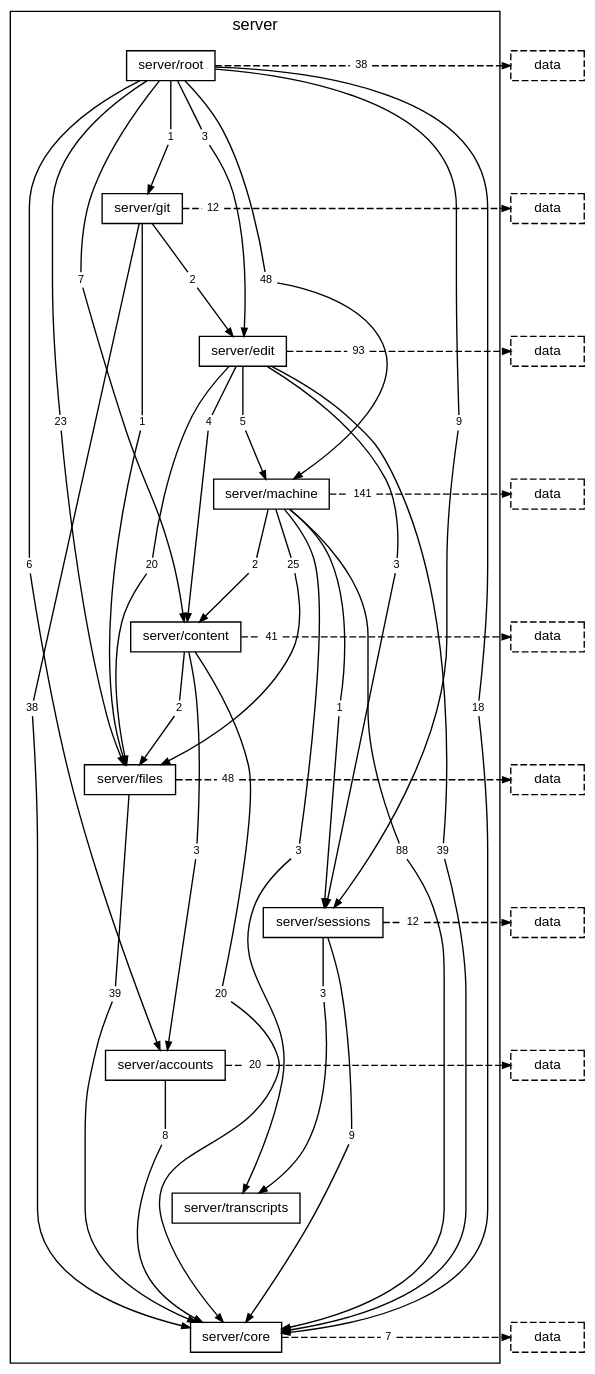
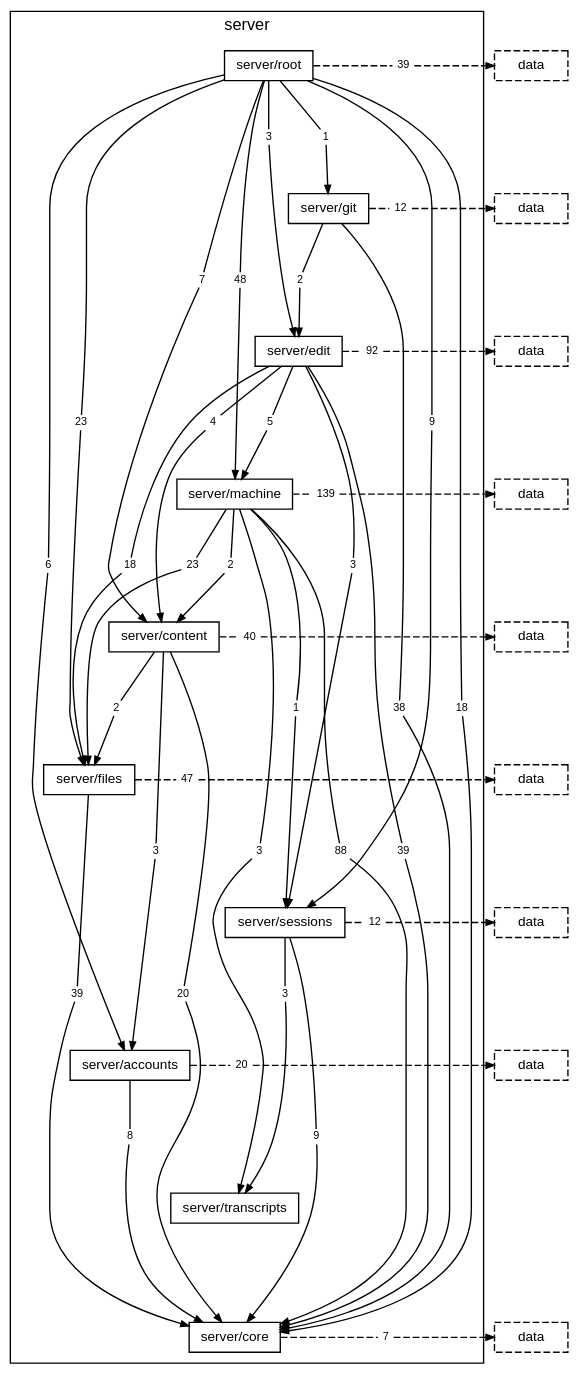
One commit to TheAxeC/oculus changed the diagram in docs/diagrams/layer-server.dot. Above: the diagram before and after it, drawn with Graphviz. The commit also changed 109 other files, not shown here.

```diff
--- a/docs/diagrams/layer-server.dot
+++ b/docs/diagrams/layer-server.dot
@@ -22,29 +22,28 @@
         "folder server/root to folder server/git" [label="1", shape=box, color="transparent", fontsize=8, width=0, height=0, margin="0.04,0.02"];
         "folder server/root to folder server/machine" [label="48", shape=box, color="transparent", fontsize=8, width=0, height=0, margin="0.04,0.02"];
         "folder server/root to folder server/sessions" [label="9", shape=box, color="transparent", fontsize=8, width=0, height=0, margin="0.04,0.02"];
-        "folder server/root to layer data" [label="38", shape=box, color="transparent", fontsize=8, width=0, height=0, margin="0.04,0.02"];
+        "folder server/root to layer data" [label="39", shape=box, color="transparent", fontsize=8, width=0, height=0, margin="0.04,0.02"];
         "folder server/git to folder server/core" [label="38", shape=box, color="transparent", fontsize=8, width=0, height=0, margin="0.04,0.02"];
         "folder server/git to folder server/edit" [label="2", shape=box, color="transparent", fontsize=8, width=0, height=0, margin="0.04,0.02"];
-        "folder server/git to folder server/files" [label="1", shape=box, color="transparent", fontsize=8, width=0, height=0, margin="0.04,0.02"];
         "folder server/git to layer data" [label="12", shape=box, color="transparent", fontsize=8, width=0, height=0, margin="0.04,0.02"];
         "folder server/edit to folder server/content" [label="4", shape=box, color="transparent", fontsize=8, width=0, height=0, margin="0.04,0.02"];
         "folder server/edit to folder server/core" [label="39", shape=box, color="transparent", fontsize=8, width=0, height=0, margin="0.04,0.02"];
-        "folder server/edit to folder server/files" [label="20", shape=box, color="transparent", fontsize=8, width=0, height=0, margin="0.04,0.02"];
+        "folder server/edit to folder server/files" [label="18", shape=box, color="transparent", fontsize=8, width=0, height=0, margin="0.04,0.02"];
         "folder server/edit to folder server/machine" [label="5", shape=box, color="transparent", fontsize=8, width=0, height=0, margin="0.04,0.02"];
         "folder server/edit to folder server/sessions" [label="3", shape=box, color="transparent", fontsize=8, width=0, height=0, margin="0.04,0.02"];
-        "folder server/edit to layer data" [label="93", shape=box, color="transparent", fontsize=8, width=0, height=0, margin="0.04,0.02"];
+        "folder server/edit to layer data" [label="92", shape=box, color="transparent", fontsize=8, width=0, height=0, margin="0.04,0.02"];
         "folder server/machine to folder server/content" [label="2", shape=box, color="transparent", fontsize=8, width=0, height=0, margin="0.04,0.02"];
         "folder server/machine to folder server/core" [label="88", shape=box, color="transparent", fontsize=8, width=0, height=0, margin="0.04,0.02"];
-        "folder server/machine to folder server/files" [label="25", shape=box, color="transparent", fontsize=8, width=0, height=0, margin="0.04,0.02"];
+        "folder server/machine to folder server/files" [label="23", shape=box, color="transparent", fontsize=8, width=0, height=0, margin="0.04,0.02"];
         "folder server/machine to folder server/sessions" [label="1", shape=box, color="transparent", fontsize=8, width=0, height=0, margin="0.04,0.02"];
         "folder server/machine to folder server/transcripts" [label="3", shape=box, color="transparent", fontsize=8, width=0, height=0, margin="0.04,0.02"];
-        "folder server/machine to layer data" [label="141", shape=box, color="transparent", fontsize=8, width=0, height=0, margin="0.04,0.02"];
+        "folder server/machine to layer data" [label="139", shape=box, color="transparent", fontsize=8, width=0, height=0, margin="0.04,0.02"];
         "folder server/content to folder server/accounts" [label="3", shape=box, color="transparent", fontsize=8, width=0, height=0, margin="0.04,0.02"];
         "folder server/content to folder server/core" [label="20", shape=box, color="transparent", fontsize=8, width=0, height=0, margin="0.04,0.02"];
         "folder server/content to folder server/files" [label="2", shape=box, color="transparent", fontsize=8, width=0, height=0, margin="0.04,0.02"];
-        "folder server/content to layer data" [label="41", shape=box, color="transparent", fontsize=8, width=0, height=0, margin="0.04,0.02"];
+        "folder server/content to layer data" [label="40", shape=box, color="transparent", fontsize=8, width=0, height=0, margin="0.04,0.02"];
         "folder server/files to folder server/core" [label="39", shape=box, color="transparent", fontsize=8, width=0, height=0, margin="0.04,0.02"];
-        "folder server/files to layer data" [label="48", shape=box, color="transparent", fontsize=8, width=0, height=0, margin="0.04,0.02"];
+        "folder server/files to layer data" [label="47", shape=box, color="transparent", fontsize=8, width=0, height=0, margin="0.04,0.02"];
         "folder server/sessions to folder server/core" [label="9", shape=box, color="transparent", fontsize=8, width=0, height=0, margin="0.04,0.02"];
         "folder server/sessions to folder server/transcripts" [label="3", shape=box, color="transparent", fontsize=8, width=0, height=0, margin="0.04,0.02"];
         "folder server/sessions to layer data" [label="12", shape=box, color="transparent", fontsize=8, width=0, height=0, margin="0.04,0.02"];
@@ -93,8 +92,6 @@
     "folder server/git to folder server/core" -> "folder server/core" [];
     "folder server/git" -> "folder server/git to folder server/edit" [arrowhead=none, minlen=1, weight=10];
     "folder server/git to folder server/edit" -> "folder server/edit" [];
-    "folder server/git" -> "folder server/git to folder server/files" [arrowhead=none, minlen=3, weight=10];
-    "folder server/git to folder server/files" -> "folder server/files" [];
     "folder server/git" -> "folder server/git to layer data" [arrowhead=none, style=dashed];
     "folder server/git to layer data" -> "layer data from folder server/git" [style=dashed];
     { rank=same; "folder server/git"; "folder server/git to layer data"; "layer data from folder server/git"; }
```
